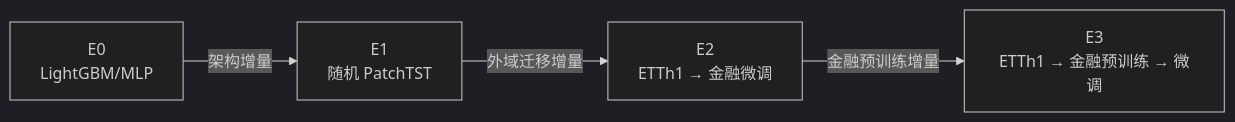
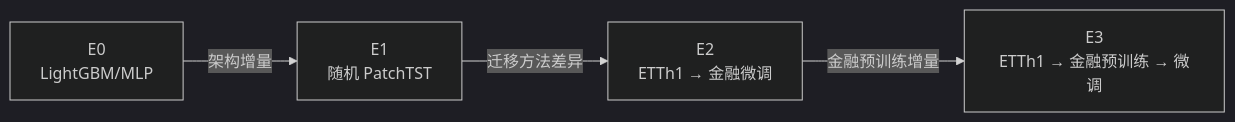
Before and after one commit to wwbotww/FacDiggerNN: the first of 2 diagrams in docs/实验设计文档.md, drawn with Mermaid (dark theme). The commit also changed other lines of this file and 38 other files, not shown here.

````diff
--- a/docs/实验设计文档.md
+++ b/docs/实验设计文档.md
@@ -27,6 +27,6 @@
 ```mermaid
 flowchart LR
     E0["E0\nLightGBM/MLP"] -->|架构增量| E1["E1\n随机 PatchTST"]
-    E1 -->|外域迁移增量| E2["E2\nETTh1 → 金融微调"]
+    E1 -->|迁移方法差异| E2["E2\nETTh1 → 金融微调"]
     E2 -->|金融预训练增量| E3["E3\nETTh1 → 金融预训练 → 微调"]
 ```
````
